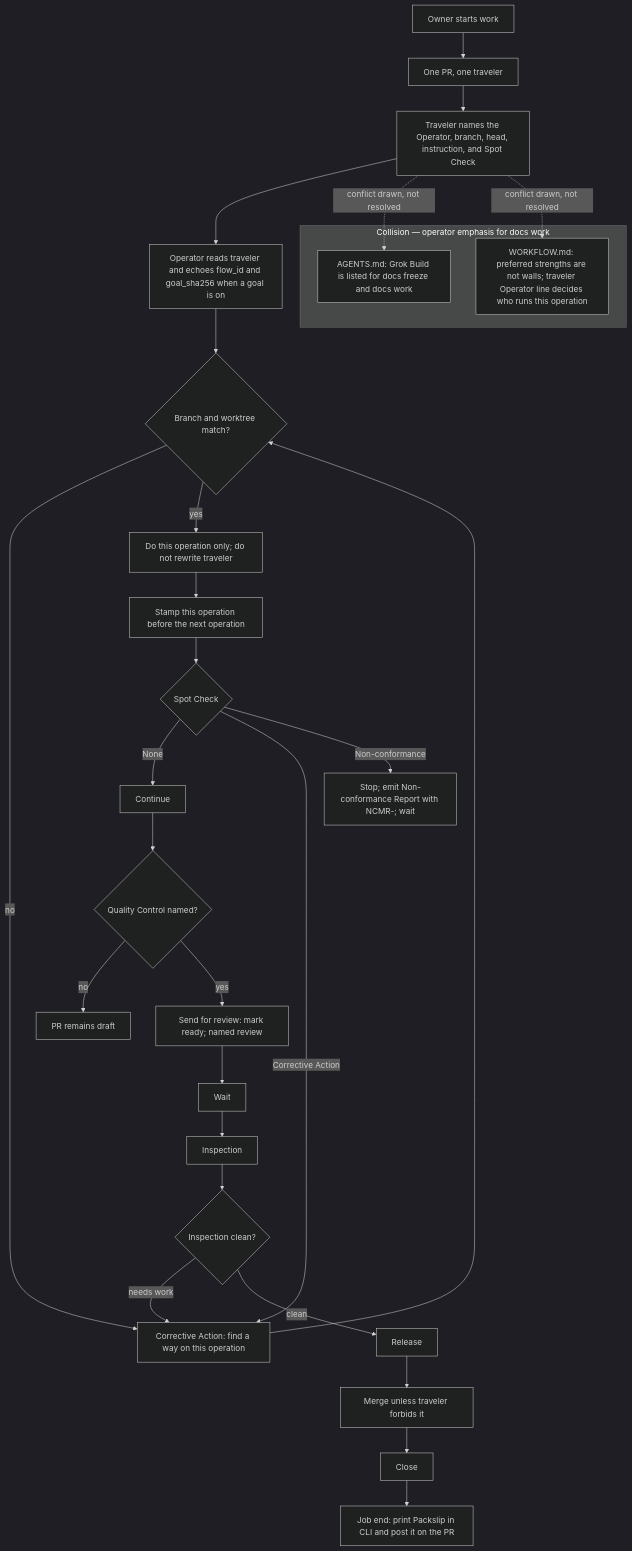
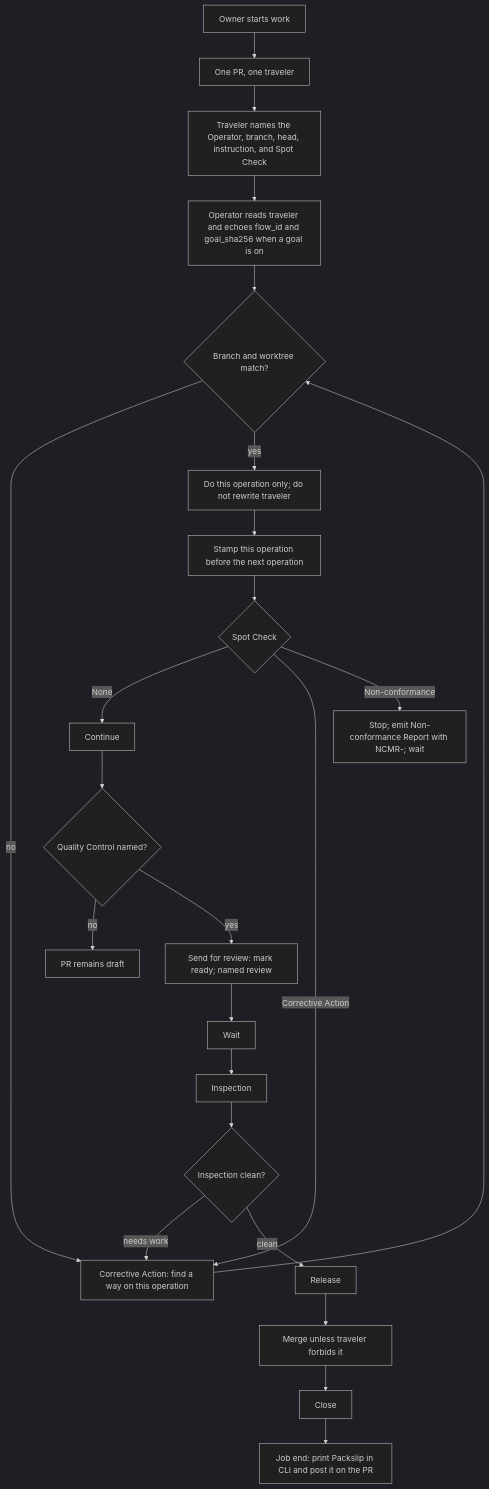
Before and after one commit to TurboFrogLLC/NestCalc: the diagram in docs/audits/employee-manual-mermaid.md, drawn with Mermaid (dark theme). The commit also changed other lines of this file, not shown here.

Commit message:
docs: remove unsupported flow collision

````diff
--- a/docs/audits/employee-manual-mermaid.md
+++ b/docs/audits/employee-manual-mermaid.md
@@ -3,33 +3,27 @@
 ```mermaid
 flowchart TD
   A[Owner starts work] --> B[One PR, one traveler]
   B --> C[Traveler names the Operator, branch, head, instruction, and Spot Check]
   C --> D[Operator reads traveler and echoes flow_id and goal_sha256 when a goal is on]
   D --> E{Branch and worktree match?}
   E -- no --> F[Corrective Action: find a way on this operation]
   F --> E
   E -- yes --> G[Do this operation only; do not rewrite traveler]
   G --> H[Stamp this operation before the next operation]
   H --> I{Spot Check}
   I -- None --> J[Continue]
   I -- Corrective Action --> F
   I -- Non-conformance --> K[Stop; emit Non-conformance Report with NCMR-; wait]
   J --> L{Quality Control named?}
   L -- no --> M[PR remains draft]
   L -- yes --> N[Send for review: mark ready; named review]
   N --> O[Wait]
   O --> P[Inspection]
   P --> Q{Inspection clean?}
   Q -- needs work --> F
   Q -- clean --> R[Release]
   R --> S[Merge unless traveler forbids it]
   S --> T[Close]
   T --> U[Job end: print Packslip in CLI and post it on the PR]
 
-  subgraph X[Collision — operator emphasis for docs work]
-    X1[AGENTS.md: Grok Build is listed for docs freeze and docs work]
-    X2[WORKFLOW.md: preferred strengths are not walls; traveler Operator line decides who runs this operation]
-  end
-  C -. conflict drawn, not resolved .-> X1
-  C -. conflict drawn, not resolved .-> X2
 ```
````
